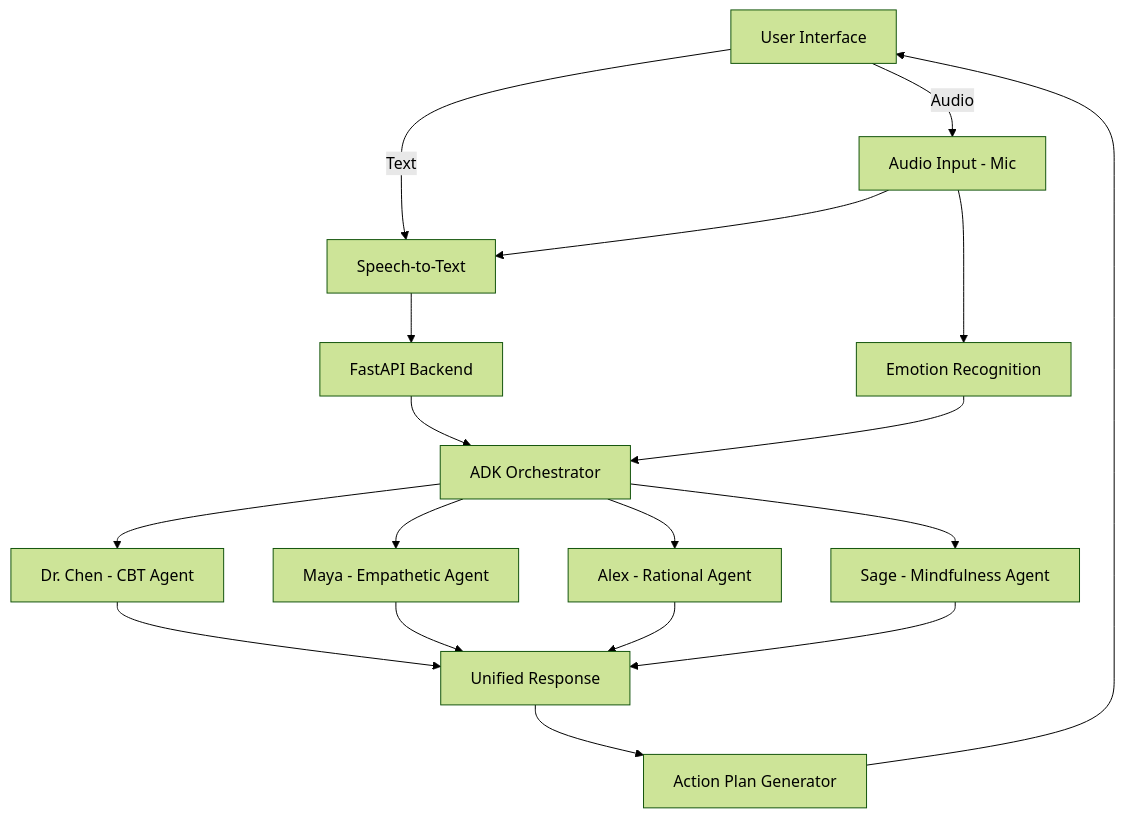
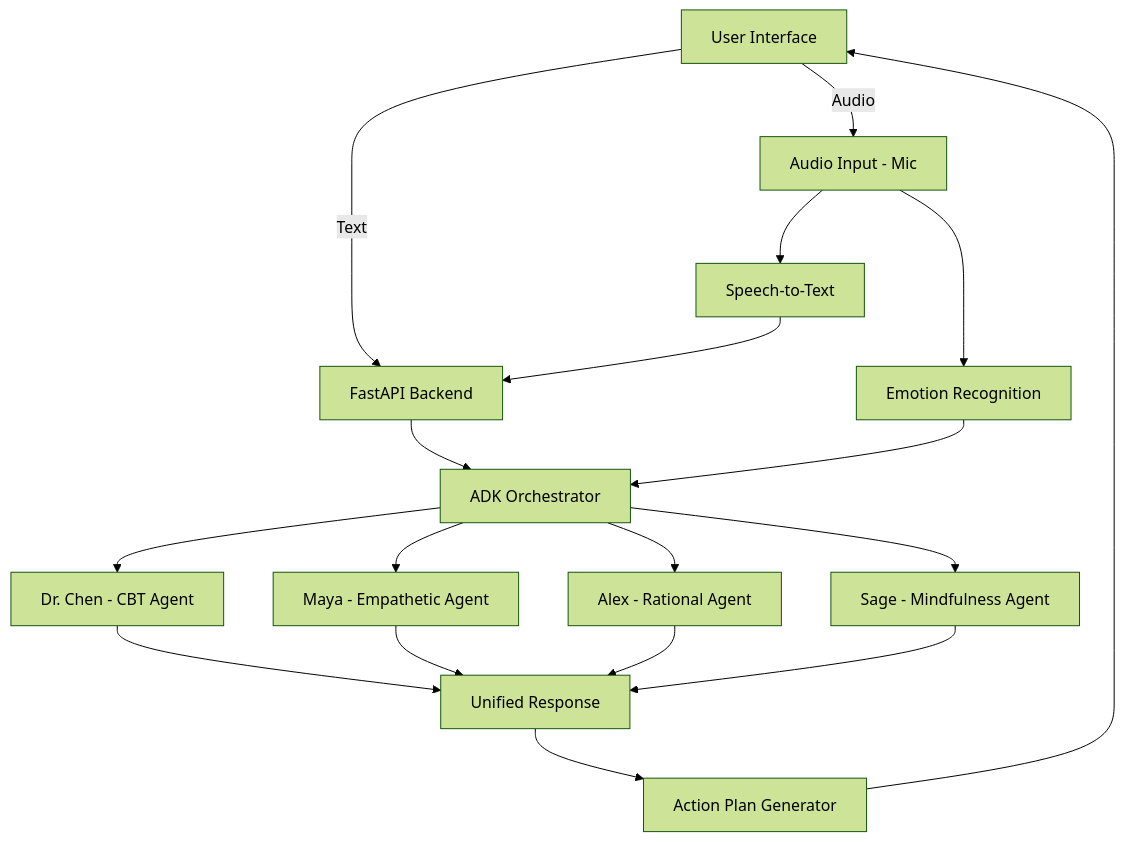
The diagram in README.md (yuancx2025/hackDuke2025), drawn with Mermaid (forest theme) before and after one commit.

````diff
--- a/README.md
+++ b/README.md
@@ -10,20 +10,20 @@
 ```mermaid
 graph TD
-    User[User Interface] -->|Text| STT[Speech-to-Text]
+    User[User Interface] -->|Text| API[FastAPI Backend]
     User -->|Audio| AIn[Audio Input - Mic]
-    AIn --> STT
+    AIn --> STT[Speech-to-Text]
     AIn --> EMO[Emotion Recognition]
     STT --> API[FastAPI Backend]
     EMO --> Orchestrator[ADK Orchestrator]
     API --> Orchestrator
     Orchestrator --> CBT[Dr. Chen - CBT Agent]
     Orchestrator --> EMP[Maya - Empathetic Agent]
     Orchestrator --> RAT[Alex - Rational Agent]
     Orchestrator --> MIN[Sage - Mindfulness Agent]
     CBT --> Response[Unified Response]
     EMP --> Response
     RAT --> Response
     MIN --> Response
     Response --> ActionPlan[Action Plan Generator]
     ActionPlan --> User
 ```
````
